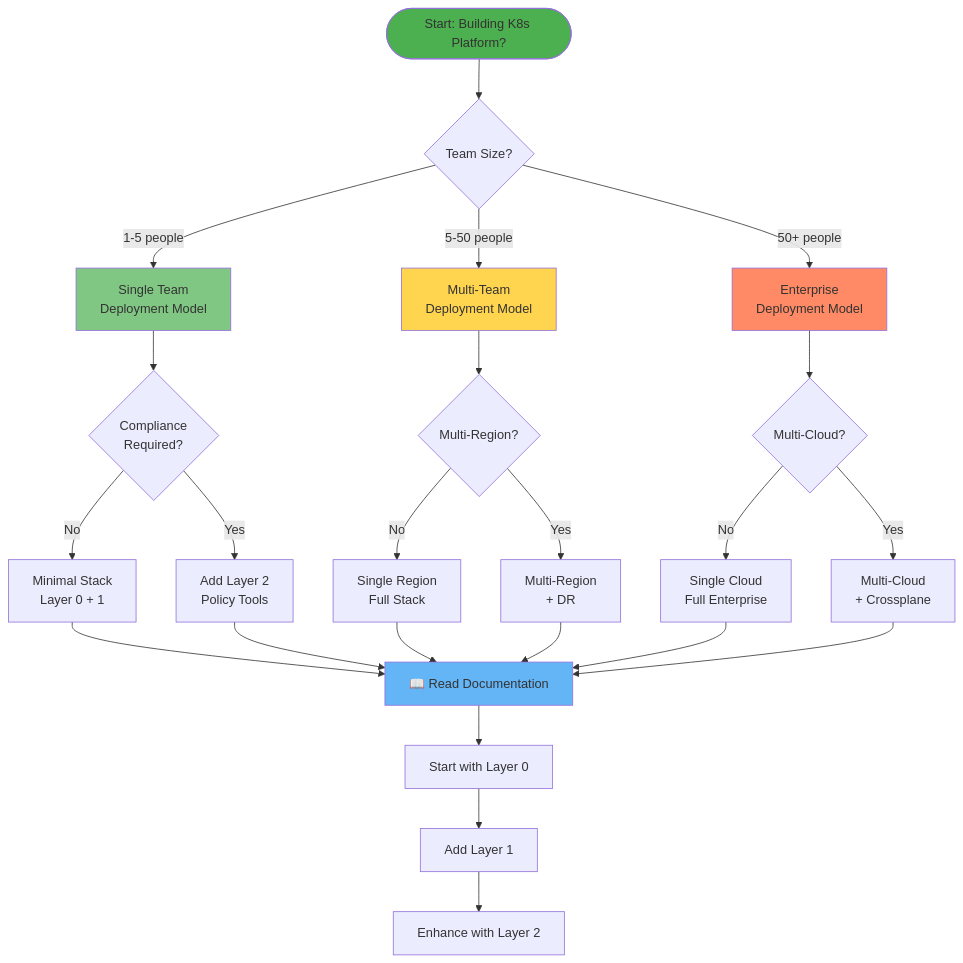
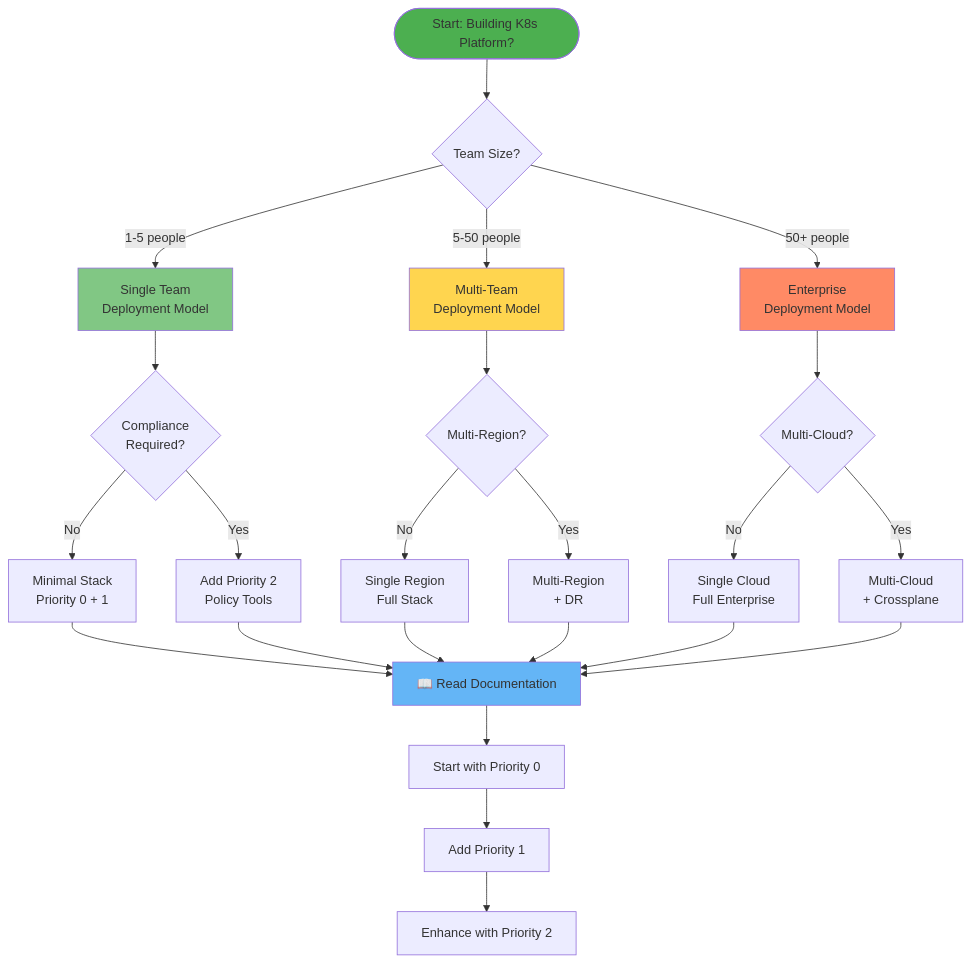
The tenth of 10 diagrams in docs/DIAGRAMS.md (vanhoutenbos/KubeCompass), drawn with Mermaid before and after one commit. The commit also changed other lines of this file and 64 other files, not shown here.

````diff
--- a/docs/DIAGRAMS.md
+++ b/docs/DIAGRAMS.md
@@ -580,38 +580,38 @@
 ```mermaid
 flowchart TD
     START([Start: Building K8s Platform?]) --> Q1{Team Size?}
     
     Q1 -->|1-5 people| SINGLE[Single Team<br/>Deployment Model]
     Q1 -->|5-50 people| MULTI[Multi-Team<br/>Deployment Model]
     Q1 -->|50+ people| ENTERPRISE[Enterprise<br/>Deployment Model]
     
     SINGLE --> Q2{Compliance<br/>Required?}
     MULTI --> Q3{Multi-Region?}
     ENTERPRISE --> Q4{Multi-Cloud?}
     
-    Q2 -->|No| SINGLE_SIMPLE[Minimal Stack<br/>Layer 0 + 1]
-    Q2 -->|Yes| SINGLE_COMPLIANT[Add Layer 2<br/>Policy Tools]
+    Q2 -->|No| SINGLE_SIMPLE[Minimal Stack<br/>Priority 0 + 1]
+    Q2 -->|Yes| SINGLE_COMPLIANT[Add Priority 2<br/>Policy Tools]
     
     Q3 -->|No| MULTI_SINGLE[Single Region<br/>Full Stack]
     Q3 -->|Yes| MULTI_DR[Multi-Region<br/>+ DR]
     
     Q4 -->|No| ENT_SINGLE[Single Cloud<br/>Full Enterprise]
     Q4 -->|Yes| ENT_MULTI[Multi-Cloud<br/>+ Crossplane]
     
     SINGLE_SIMPLE --> DOCS[📖 Read Documentation]
     SINGLE_COMPLIANT --> DOCS
     MULTI_SINGLE --> DOCS
     MULTI_DR --> DOCS
     ENT_SINGLE --> DOCS
     ENT_MULTI --> DOCS
     
-    DOCS --> LAYER0[Start with Layer 0]
-    LAYER0 --> LAYER1[Add Layer 1]
-    LAYER1 --> LAYER2[Enhance with Layer 2]
+    DOCS --> LAYER0[Start with Priority 0]
+    LAYER0 --> LAYER1[Add Priority 1]
+    LAYER1 --> LAYER2[Enhance with Priority 2]
     
     style START fill:#4CAF50
     style SINGLE fill:#81C784
     style MULTI fill:#FFD54F
     style ENTERPRISE fill:#FF8A65
     style DOCS fill:#64B5F6
 ```
````
